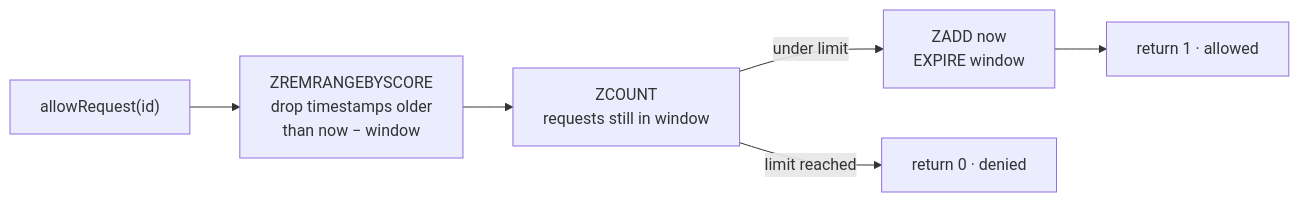
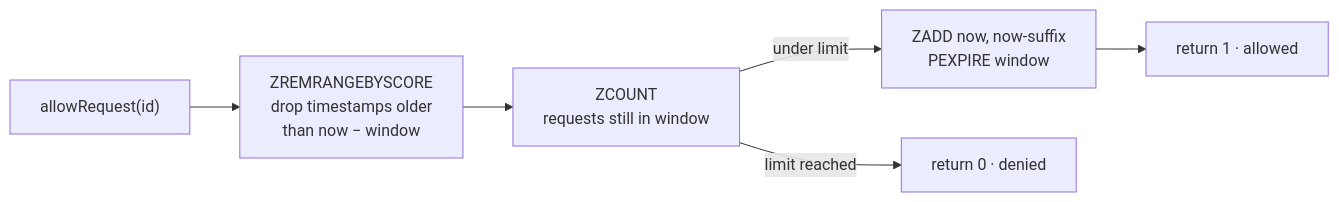
The diagram in README.md (Olayanju-1234/rate-limiter), drawn with Mermaid before and after one commit. The commit also changed other lines of this file and 2 other files, not shown here.

````diff
--- a/README.md
+++ b/README.md
@@ -11,8 +11,8 @@
 ```mermaid
 flowchart LR
     A["allowRequest(id)"] --> B["ZREMRANGEBYSCORE<br/>drop timestamps older<br/>than now − window"]
     B --> C["ZCOUNT<br/>requests still in window"]
-    C -->|under limit| D["ZADD now<br/>EXPIRE window"]
+    C -->|under limit| D["ZADD now, now-suffix<br/>PEXPIRE window"]
     D --> E["return 1 · allowed"]
     C -->|limit reached| F["return 0 · denied"]
 ```
````
